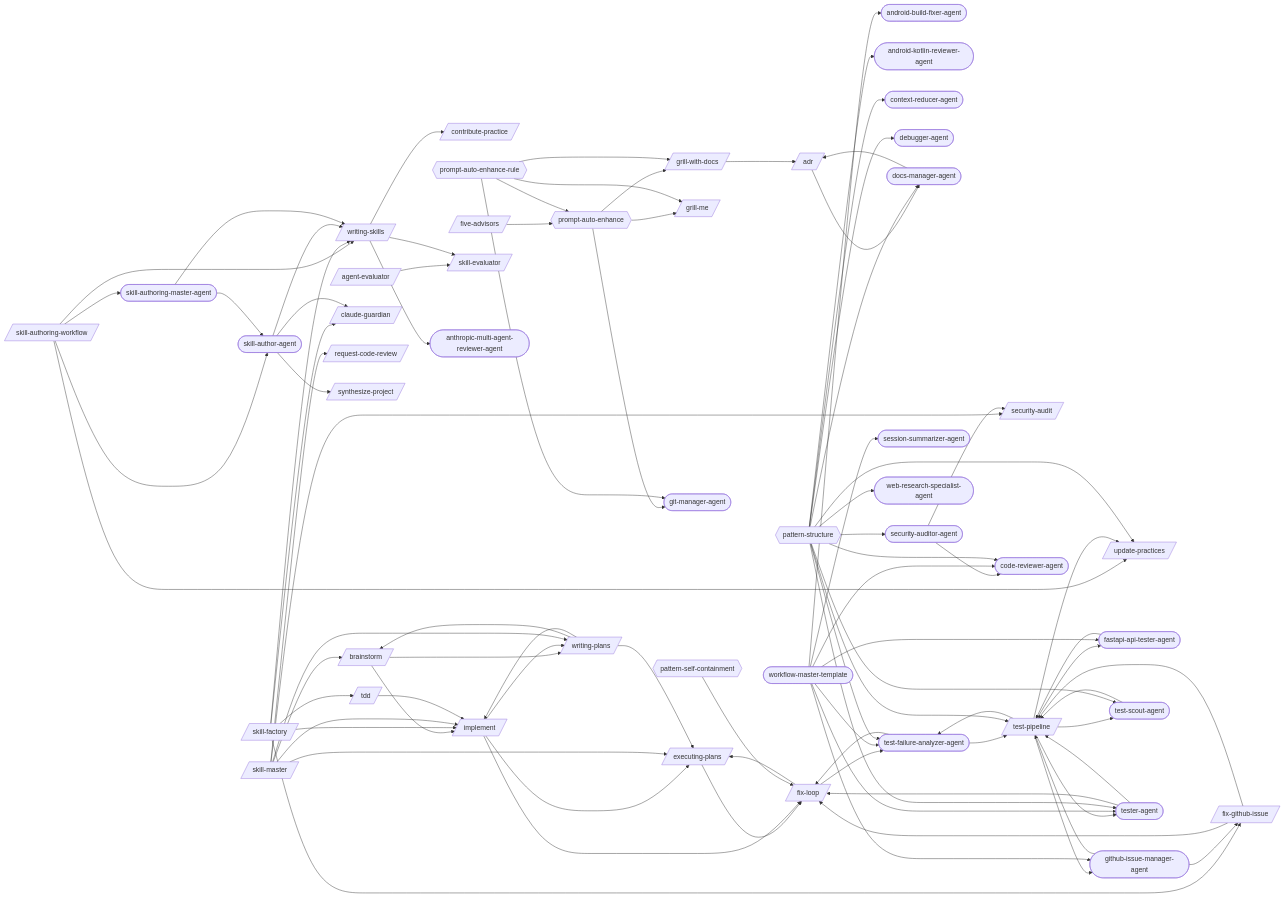
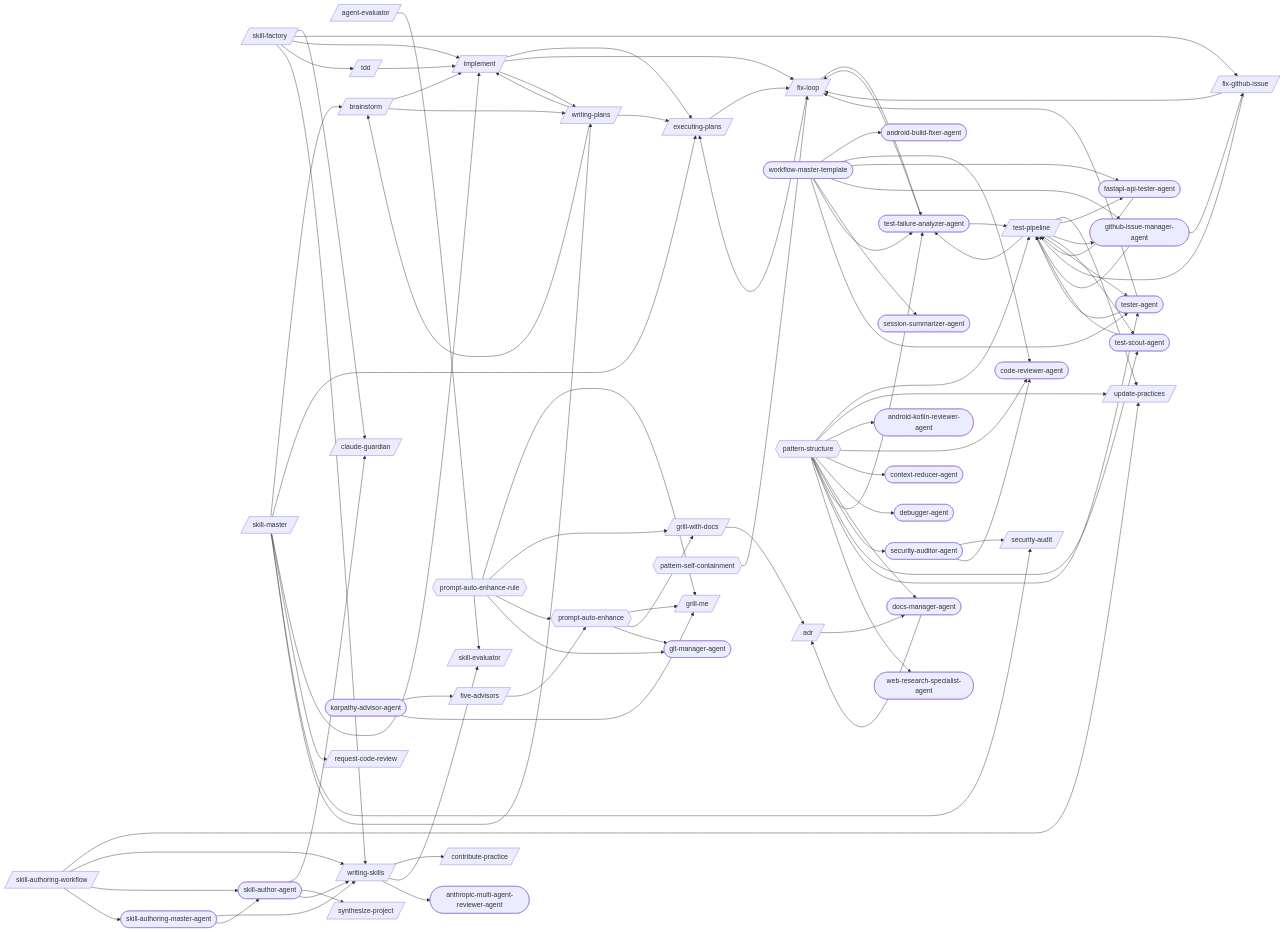
One commit to abhayla/claude-best-practices changed the first of 29 diagrams in docs/workflows/skill-authoring.md. Above: the diagram before and after it, drawn with Mermaid. The commit also changed other lines of this file and 14 other files, not shown here.

```diff
--- a/docs/workflows/skill-authoring.md
+++ b/docs/workflows/skill-authoring.md
@@ -42,6 +42,7 @@
     fastapi_api_tester_agent([fastapi-api-tester-agent])
     git_manager_agent([git-manager-agent])
     github_issue_manager_agent([github-issue-manager-agent])
+    karpathy_advisor_agent([karpathy-advisor-agent])
     security_auditor_agent([security-auditor-agent])
     session_summarizer_agent([session-summarizer-agent])
     skill_author_agent([skill-author-agent])
@@ -104,6 +105,8 @@
     fastapi_api_tester_agent --> test_pipeline
     github_issue_manager_agent --> fix_github_issue
     github_issue_manager_agent --> test_pipeline
+    karpathy_advisor_agent --> five_advisors
+    karpathy_advisor_agent --> grill_me
     security_auditor_agent --> security_audit
     security_auditor_agent --> code_reviewer_agent
     skill_author_agent --> claude_guardian
```
